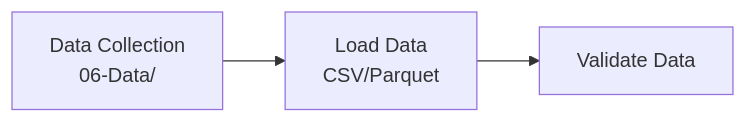
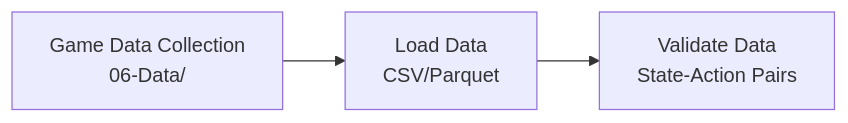
The second of 8 diagrams in plan/05-Model/02-Training/01-training-pipeline.md (Evintkoo/2048-ml), drawn with Mermaid before and after one commit. The commit also changed other lines of this file and 14 other files, not shown here.

````diff
--- a/plan/05-Model/02-Training/01-training-pipeline.md
+++ b/plan/05-Model/02-Training/01-training-pipeline.md
@@ -37,9 +37,9 @@
 ```mermaid
 flowchart LR
-    Collection[Data Collection<br/>06-Data/]
+    Collection[Game Data Collection<br/>06-Data/]
     Loading[Load Data<br/>CSV/Parquet]
-    Validation[Validate Data]
+    Validation[Validate Data<br/>State-Action Pairs]
     
     Collection --> Loading
     Loading --> Validation
 ```
````
